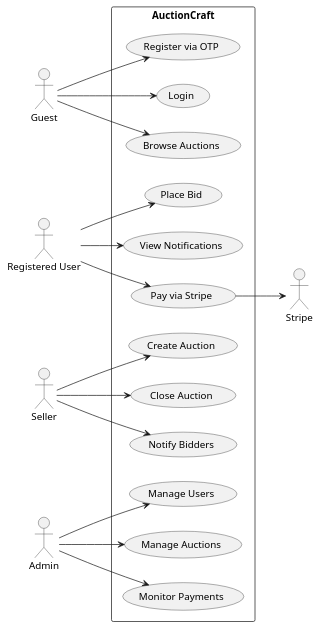
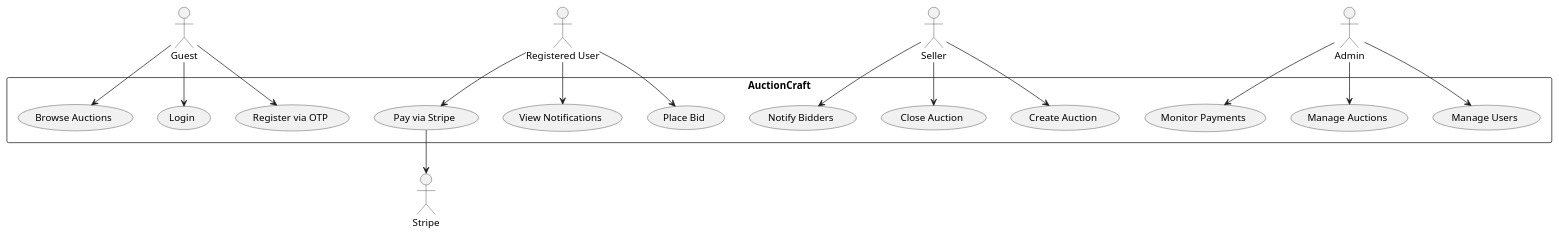
The diagram in README.md (Hasninemamud/AuctionCraft), drawn with PlantUML before and after one commit. The commit also changed other lines of this file, not shown here.

````diff
--- a/README.md
+++ b/README.md
@@ -10,28 +12,29 @@
+```plantuml
 @startuml
-left to right direction
 actor Guest
 actor "Registered User" as User
 actor Seller
 actor Admin
 actor Stripe
 
 rectangle AuctionCraft {
   Guest --> (Register via OTP)
   Guest --> (Login)
   Guest --> (Browse Auctions)
 
   User --> (Place Bid)
   User --> (View Notifications)
   User --> (Pay via Stripe)
 
   Seller --> (Create Auction)
   Seller --> (Close Auction)
   Seller --> (Notify Bidders)
 
   Admin --> (Manage Users)
   Admin --> (Manage Auctions)
   Admin --> (Monitor Payments)
 
   (Pay via Stripe) --> Stripe
 }
 @enduml
+```
````
